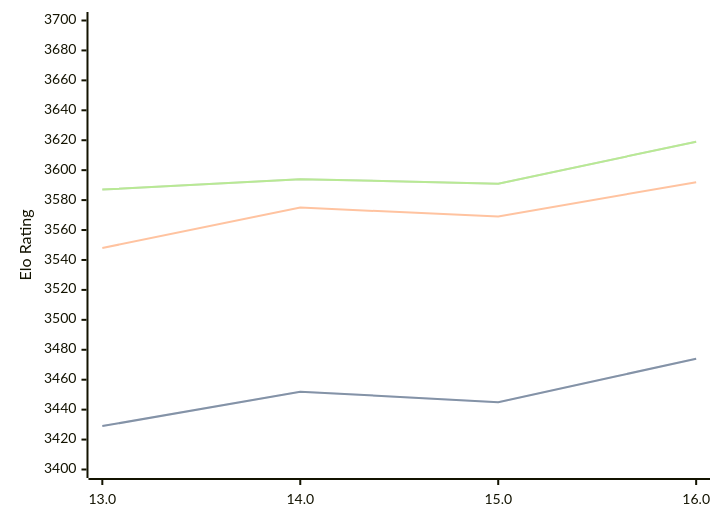
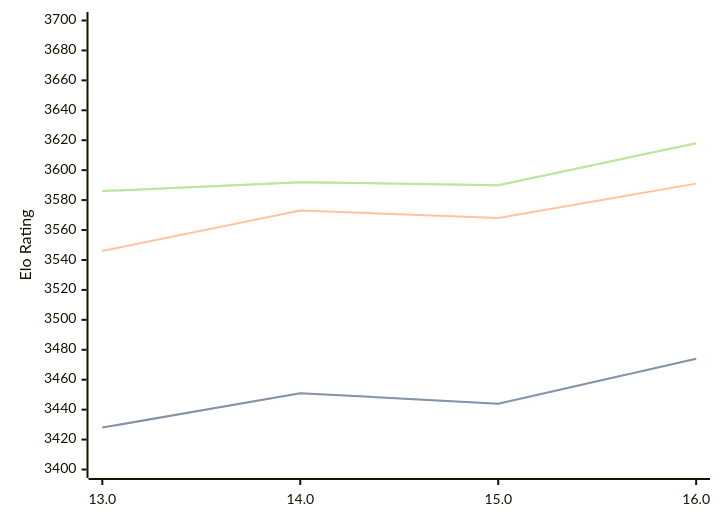
The diagram in engines/Obsidian.md (computer-chess-index/cci), drawn with Mermaid before and after one commit. The commit also changed other lines of this file, not shown here.

Commit message:
Update CCI Ratings (ELO VLTC) - 2026-04-26

````diff
--- a/engines/Obsidian.md
+++ b/engines/Obsidian.md
@@ -43,11 +43,11 @@
 ```mermaid
 %%{init: {"theme":"base","themeVariables":{"seriesColors:['#a3a3a3','#222221','#faa371']}}}%%
 xychart-beta
   x-axis ["13.0", "14.0", "15.0", "16.0"]
   y-axis "Elo Rating" 3400 --> 3700
-  line "STC (8.0+0.08s)" [3429, 3452, 3445, 3474]
-  line "STC (8.0+0.08s)" [3429, 3452, 3445, 3474]
-  line "LTC (60.0+0.60s)" [3548, 3575, 3569, 3592]
-  line "VLTC (2m24s+1.12s)" [3587, 3594, 3591, 3619]
-  line "VLTC (2m24s+1.12s)" [3587, 3594, 3591, 3619]
+  line "STC (8.0+0.08s)" [3428, 3451, 3444, 3474]
+  line "STC (8.0+0.08s)" [3428, 3451, 3444, 3474]
+  line "LTC (60.0+0.60s)" [3546, 3573, 3568, 3591]
+  line "VLTC (2m24s+1.12s)" [3586, 3592, 3590, 3618]
+  line "VLTC (2m24s+1.12s)" [3586, 3592, 3590, 3618]
 ```
````
